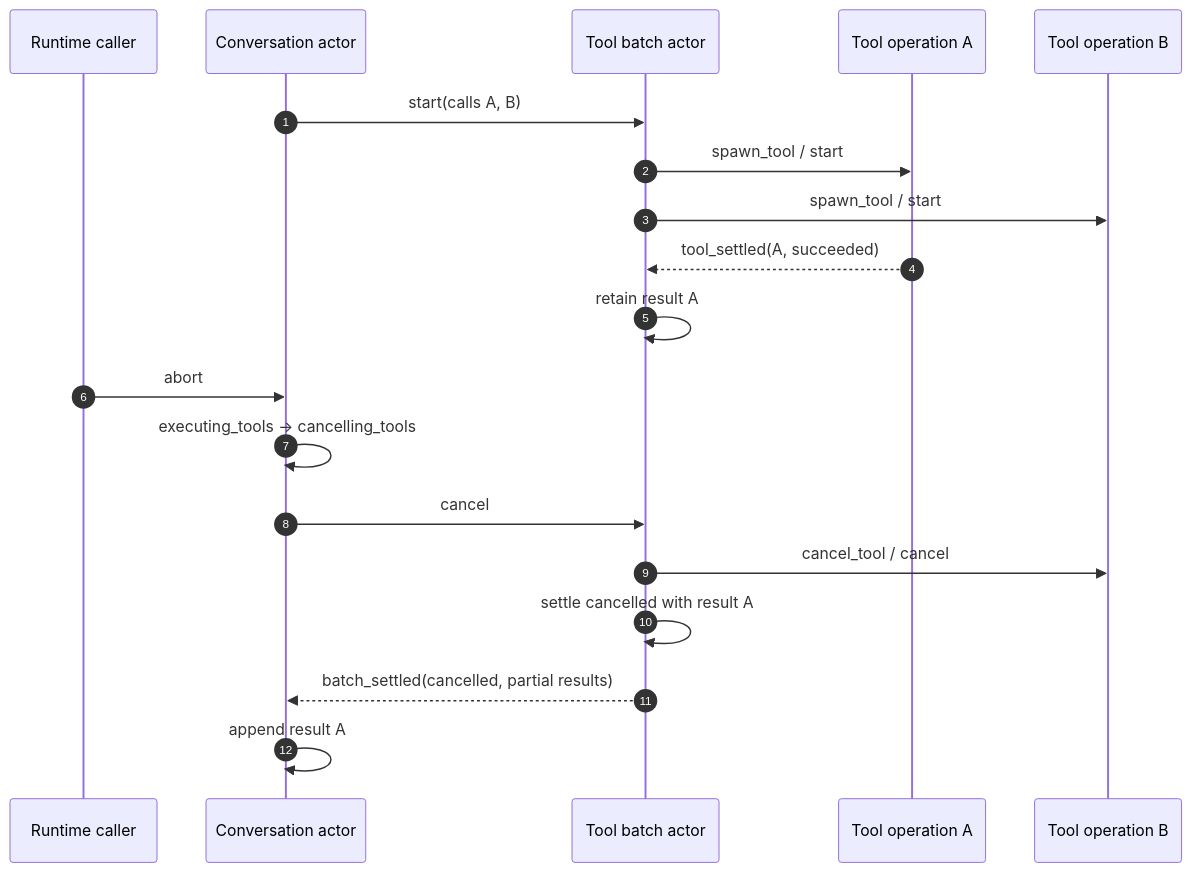
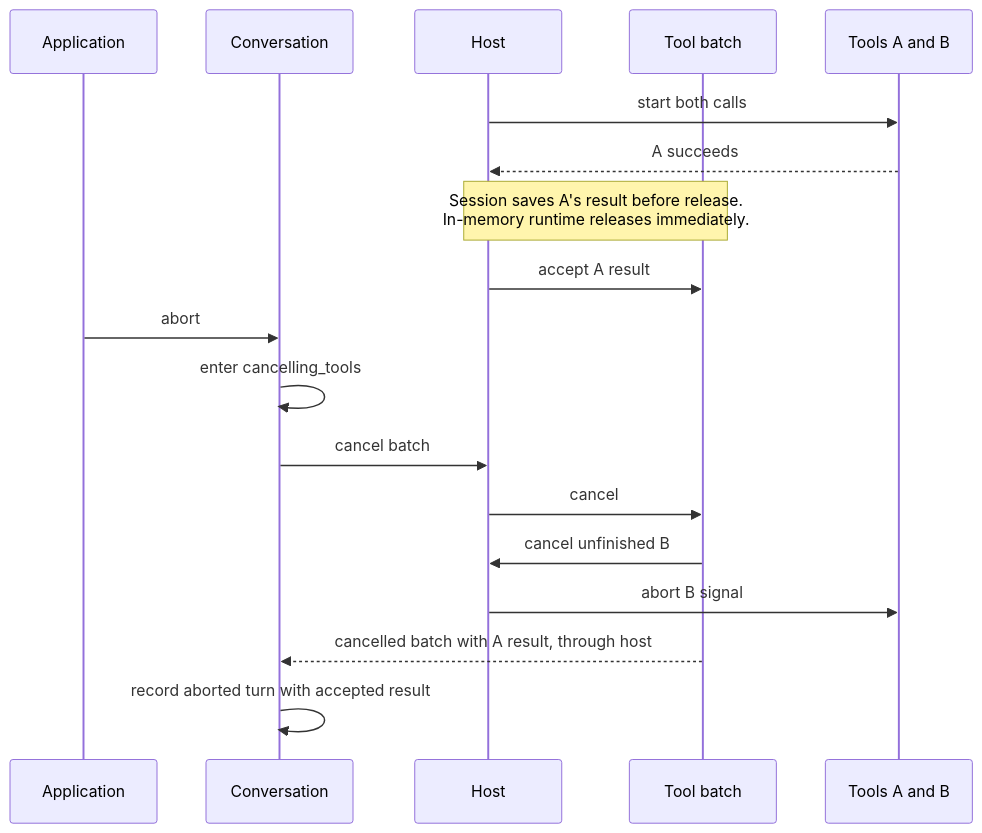
One commit to danbarua/labkit-agent changed the third of 4 diagrams in docs/agent-flow-diagrams.md. Above: the diagram before and after it, drawn with Mermaid. The commit also changed other lines of this file and 70 other files, not shown here.

````diff
--- a/docs/agent-flow-diagrams.md
+++ b/docs/agent-flow-diagrams.md
@@ -152,22 +68,20 @@
 ```mermaid
 sequenceDiagram
-  autonumber
-  participant U as Runtime caller
-  participant C as Conversation actor
-  participant B as Tool batch actor
-  participant T1 as Tool operation A
-  participant T2 as Tool operation B
-
-  C->>B: start(calls A, B)
-  B->>T1: spawn_tool / start
-  B->>T2: spawn_tool / start
-  T1-->>B: tool_settled(A, succeeded)
-  B->>B: retain result A; #B remains pending
-  U->>C: abort
-  C->>C: executing_tools → cancelling_tools
-  C->>B: cancel
-  B->>T2: cancel_tool / cancel
-  B->>B: settle cancelled with result A
-  B-->>C: batch_settled(cancelled, partial results)
-  C->>C: append result A; #record aborted turn
+  participant A as Application
+  participant C as Conversation
+  participant H as Host
+  participant B as Tool batch
+  participant T as Tools A and B
+  H->>T: start both calls
+  T-->>H: A succeeds
+  Note over H,B: Session saves A's result before release.<br/>In-memory runtime releases immediately.
+  H->>B: accept A result
+  A->>C: abort
+  C->>C: enter cancelling_tools
+  C->>H: cancel batch
+  H->>B: cancel
+  B->>H: cancel unfinished B
+  H->>T: abort B signal
+  B-->>C: cancelled batch with A result, through host
+  C->>C: record aborted turn with accepted result
 ```
````
